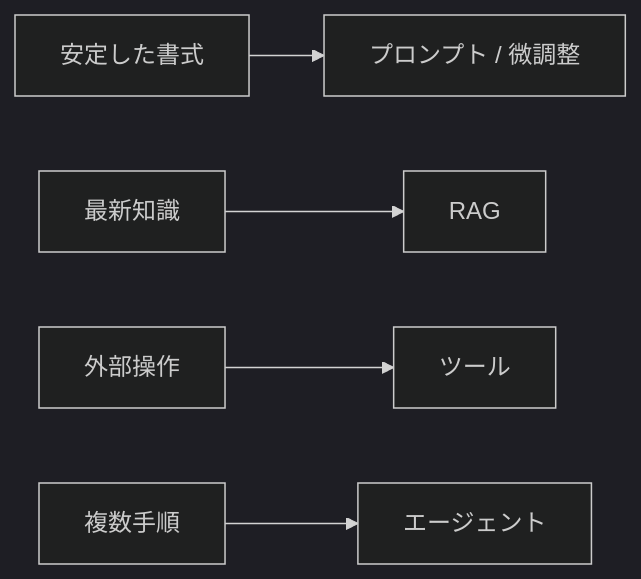
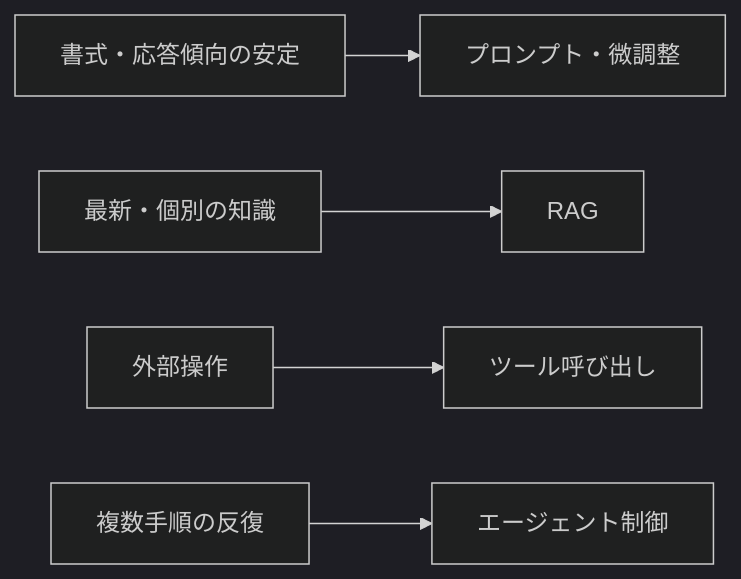
Before and after one commit to daylight55/research: the second of 2 diagrams in articles/report/llm-training-finetuning-rag-agents/ja/index.mdx, drawn with Mermaid (dark theme). The commit also changed other lines of this file and 181 other files, not shown here.

First line of the commit message:
全記事の図解368点を再生成し、共通注意書きを削除 (#402)

````diff
--- a/articles/report/llm-training-finetuning-rag-agents/ja/index.mdx
+++ b/articles/report/llm-training-finetuning-rag-agents/ja/index.mdx
@@ -81,7 +87,17 @@
 ```mermaid
 flowchart LR
-  A["安定した書式"] --> B["プロンプト / 微調整"]
-  C["最新知識"] --> D["RAG"]
-  E["外部操作"] --> F["ツール"]
-  G["複数手順"] --> H["エージェント"]
+  accTitle: 解決したい要件から手段を選ぶ
+  accDescr: 書式、最新知識、外部操作、複数手順は異なる要件である。必要に応じて手段を組み合わせる。
+  N0["書式・応答傾向の安定"]
+  N1["プロンプト・微調整"]
+  N2["最新・個別の知識"]
+  N3["RAG"]
+  N4["外部操作"]
+  N5["ツール呼び出し"]
+  N6["複数手順の反復"]
+  N7["エージェント制御"]
+  N0 --> N1
+  N2 --> N3
+  N4 --> N5
+  N6 --> N7
 ```
````
